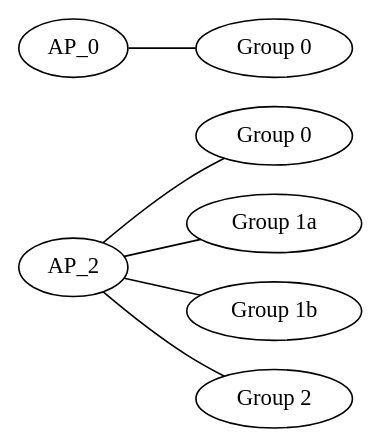
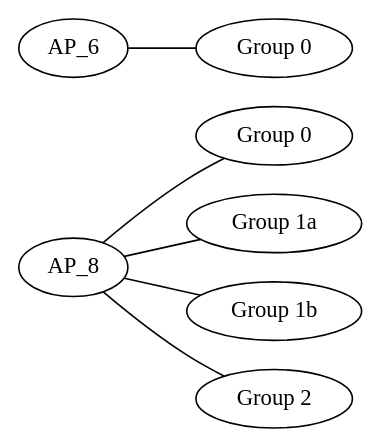
One commit to djbpitt/scala-graphing-sandbox changed the diagram in src/main/outputs/hypergraph.dot. Above: the diagram before and after it, drawn with Graphviz. The commit also changed 3 other files, not shown here.

```diff
--- a/src/main/outputs/hypergraph.dot
+++ b/src/main/outputs/hypergraph.dot
@@ -1,13 +1,19 @@
 graph MyGraph {
 rankdir = LR
-AP_2 -- "AP_2_0"
-AP_2 -- "AP_2_1a"
-AP_2 -- "AP_2_1b"
-AP_2 -- "AP_2_2"
-"AP_2_1b" [label="Group 1b"]
-"AP_2_1a" [label="Group 1a"]
-"AP_2_0" [label="Group 0"]
-"AP_2_2" [label="Group 2"]
-AP_0 -- "AP_0_0"
-"AP_0_0" [label="Group 0"]
+AP_8 -- "AP_8_0"
+AP_8 -- "AP_8_1a"
+AP_8 -- "AP_8_1b"
+AP_8 -- "AP_8_2"
+"AP_8_1b" [label="Group 1b"]
+"AP_8_1a" [label="Group 1a"]
+"AP_8_0" [label="Group 0"]
+"AP_8_2" [label="Group 2"]
+
+
+
+
+AP_6 -- "AP_6_0"
+"AP_6_0" [label="Group 0"]
+
+
 }
```
